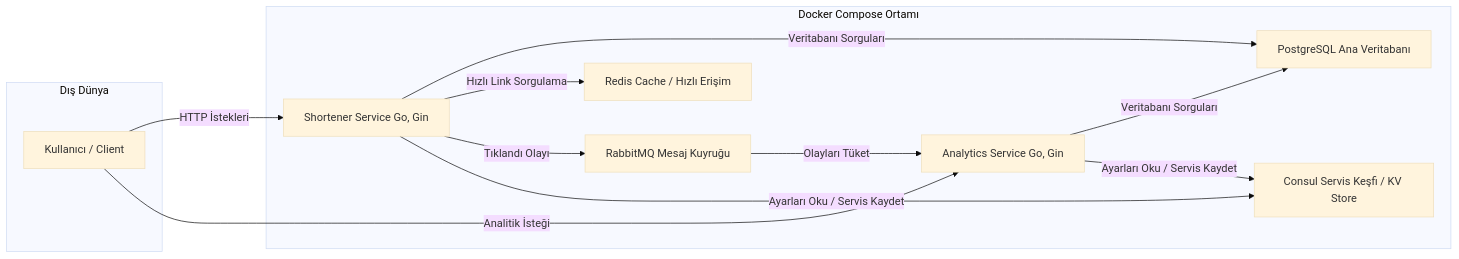
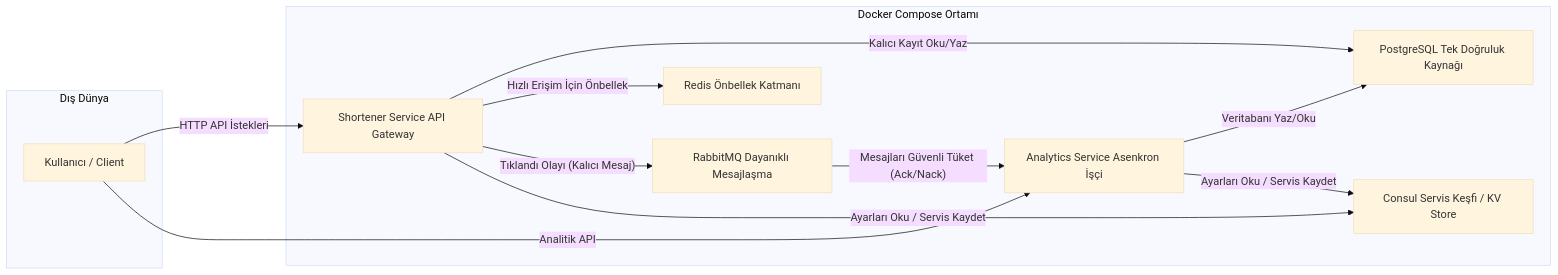
One commit to badgeekluck/url-shortener changed the diagram in README.md. Above: the diagram before and after it, drawn with Mermaid (base theme). The commit also changed other lines of this file, not shown here.

````diff
--- a/README.md
+++ b/README.md
@@ -9,27 +9,27 @@
 ```mermaid
 graph LR
     subgraph "Dış Dünya"
         User[Kullanıcı / Client]
     end
 
-subgraph "Docker Compose Ortamı"
-Shortener[Shortener Service Go, Gin]
-Analytics[Analytics Service Go, Gin]
-RabbitMQ[RabbitMQ Mesaj Kuyruğu]
-Postgres[PostgreSQL Ana Veritabanı]
-Redis[Redis Cache / Hızlı Erişim]
-Consul[Consul Servis Keşfi / KV Store]
+    subgraph "Docker Compose Ortamı"
+        Shortener[Shortener Service API Gateway]
+        Analytics[Analytics Service Asenkron İşçi]
+        RabbitMQ[RabbitMQ Dayanıklı Mesajlaşma]
+        Postgres[PostgreSQL Tek Doğruluk Kaynağı]
+        Redis[Redis Önbellek Katmanı]
+        Consul[Consul Servis Keşfi / KV Store]
 
-User -- HTTP İstekleri --> Shortener
-User -- Analitik İsteği --> Analytics
+        User -- HTTP API İstekleri --> Shortener
+        User -- Analitik API --> Analytics
 
-Shortener -- Veritabanı Sorguları --> Postgres
-Shortener -- Hızlı Link Sorgulama --> Redis
-Shortener -- "Tıklandı" Olayı --> RabbitMQ
-Shortener -- Ayarları Oku / Servis Kaydet --> Consul
+        Shortener -- Kalıcı Kayıt Oku/Yaz --> Postgres
+        Shortener -- Hızlı Erişim İçin Önbellek --> Redis
+        Shortener -- "Tıklandı" Olayı (Kalıcı Mesaj) --> RabbitMQ
+        Shortener -- Ayarları Oku / Servis Kaydet --> Consul
 
-RabbitMQ -- Olayları Tüket --> Analytics
-Analytics -- Veritabanı Sorguları --> Postgres
-Analytics -- Ayarları Oku / Servis Kaydet --> Consul
-end
+        RabbitMQ -- Mesajları Güvenli Tüket (Ack/Nack) --> Analytics
+        Analytics -- Veritabanı Yaz/Oku --> Postgres
+        Analytics -- Ayarları Oku / Servis Kaydet --> Consul
+    end
 ```
````
